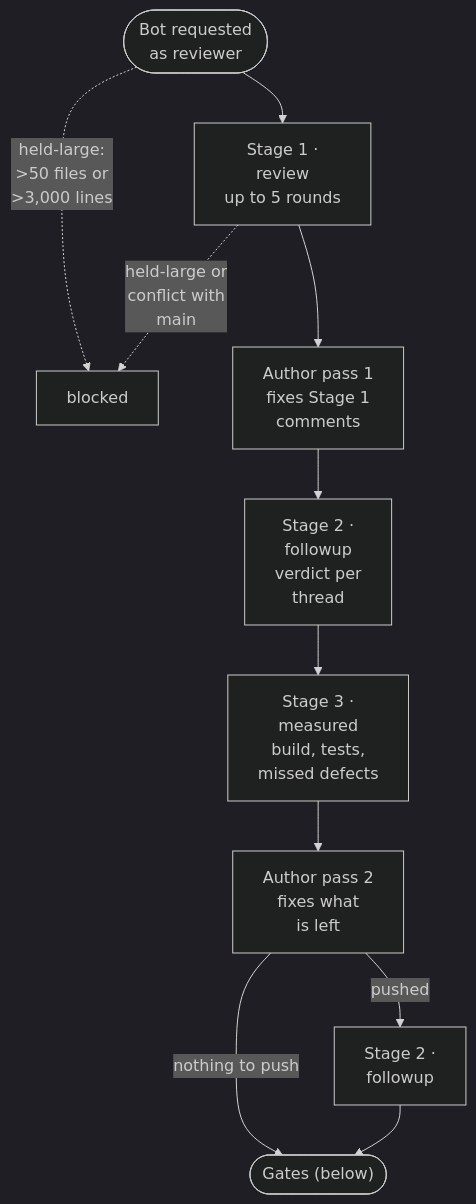
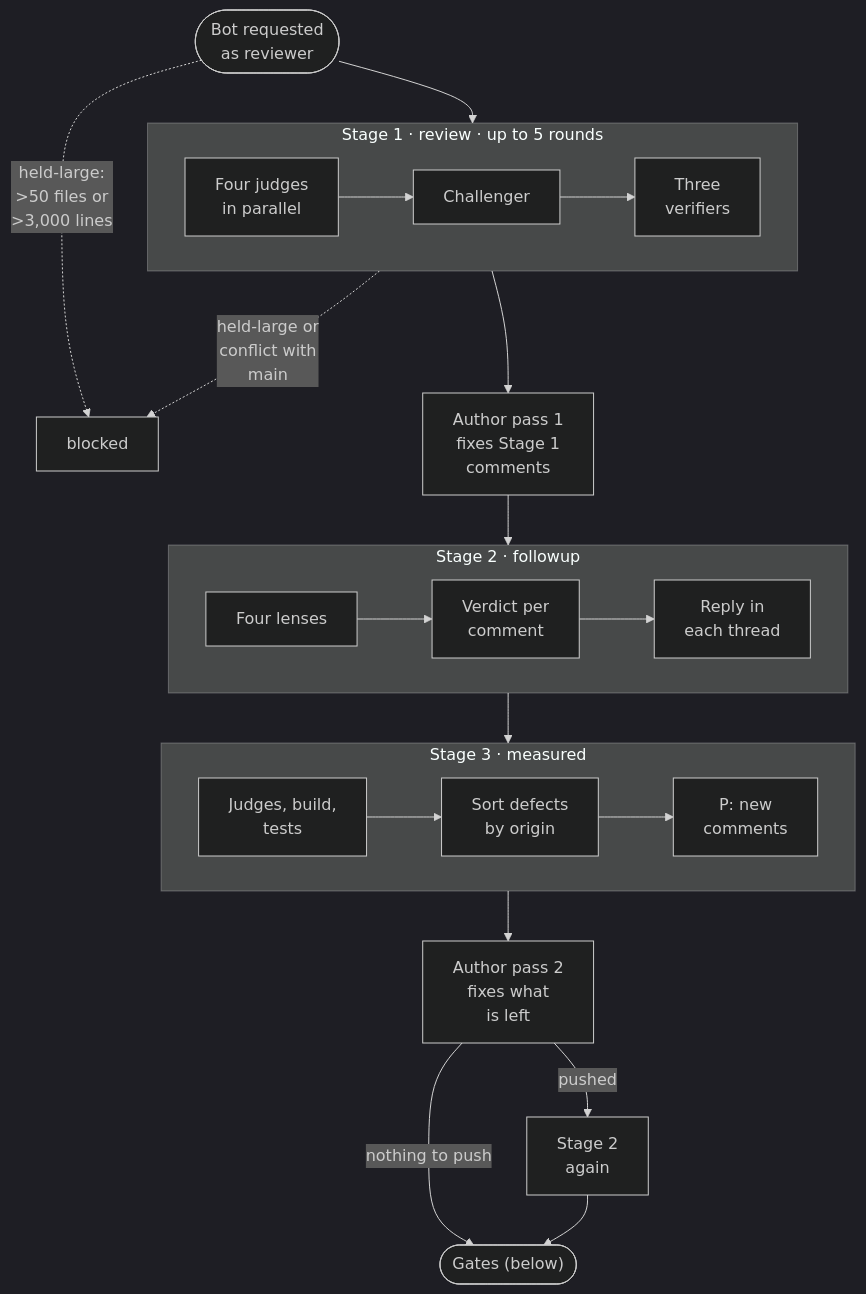
Before and after one commit to thswlsqls/pr-quorum: the first of 6 diagrams in README.md, drawn with Mermaid (dark theme). The commit also changed other lines of this file, not shown here.

Commit message:
docs : [docs/readme-diagrams] Replace the top chain diagram with a Stage 1, 2, and 3 overview

````diff
--- a/README.md
+++ b/README.md
@@ -25,13 +25,25 @@
 ```mermaid
 flowchart TD
-  RQ(["Bot requested<br/>as reviewer"]) --> S1["Stage 1 ·<br/>review<br/>up to 5 rounds"]
+  RQ(["Bot requested<br/>as reviewer"]) --> S1
   RQ -. "held-large:<br/>>50 files or<br/>>3,000 lines" .-> BL[blocked]
+  subgraph S1["Stage 1 · review · up to 5 rounds"]
+    direction LR
+    S1a["Four judges<br/>in parallel"] --> S1b["Challenger"] --> S1c["Three<br/>verifiers"]
+  end
   S1 -. "held-large or<br/>conflict with<br/>main" .-> BL
   S1 --> A1["Author pass 1<br/>fixes Stage 1<br/>comments"]
-  A1 --> S2["Stage 2 ·<br/>followup<br/>verdict per<br/>thread"]
-  S2 --> S3["Stage 3 ·<br/>measured<br/>build, tests,<br/>missed defects"]
+  A1 --> S2
+  subgraph S2["Stage 2 · followup"]
+    direction LR
+    S2a["Four lenses"] --> S2b["Verdict per<br/>comment"] --> S2c["Reply in<br/>each thread"]
+  end
+  S2 --> S3
+  subgraph S3["Stage 3 · measured"]
+    direction LR
+    S3a["Judges, build,<br/>tests"] --> S3b["Sort defects<br/>by origin"] --> S3c["P: new<br/>comments"]
+  end
   S3 --> A2["Author pass 2<br/>fixes what<br/>is left"]
-  A2 -- pushed --> S2b["Stage 2 ·<br/>followup"]
+  A2 -- pushed --> S2x["Stage 2<br/>again"]
   A2 -- nothing to push --> G(["Gates (below)"])
-  S2b --> G
+  S2x --> G
 ```
````
